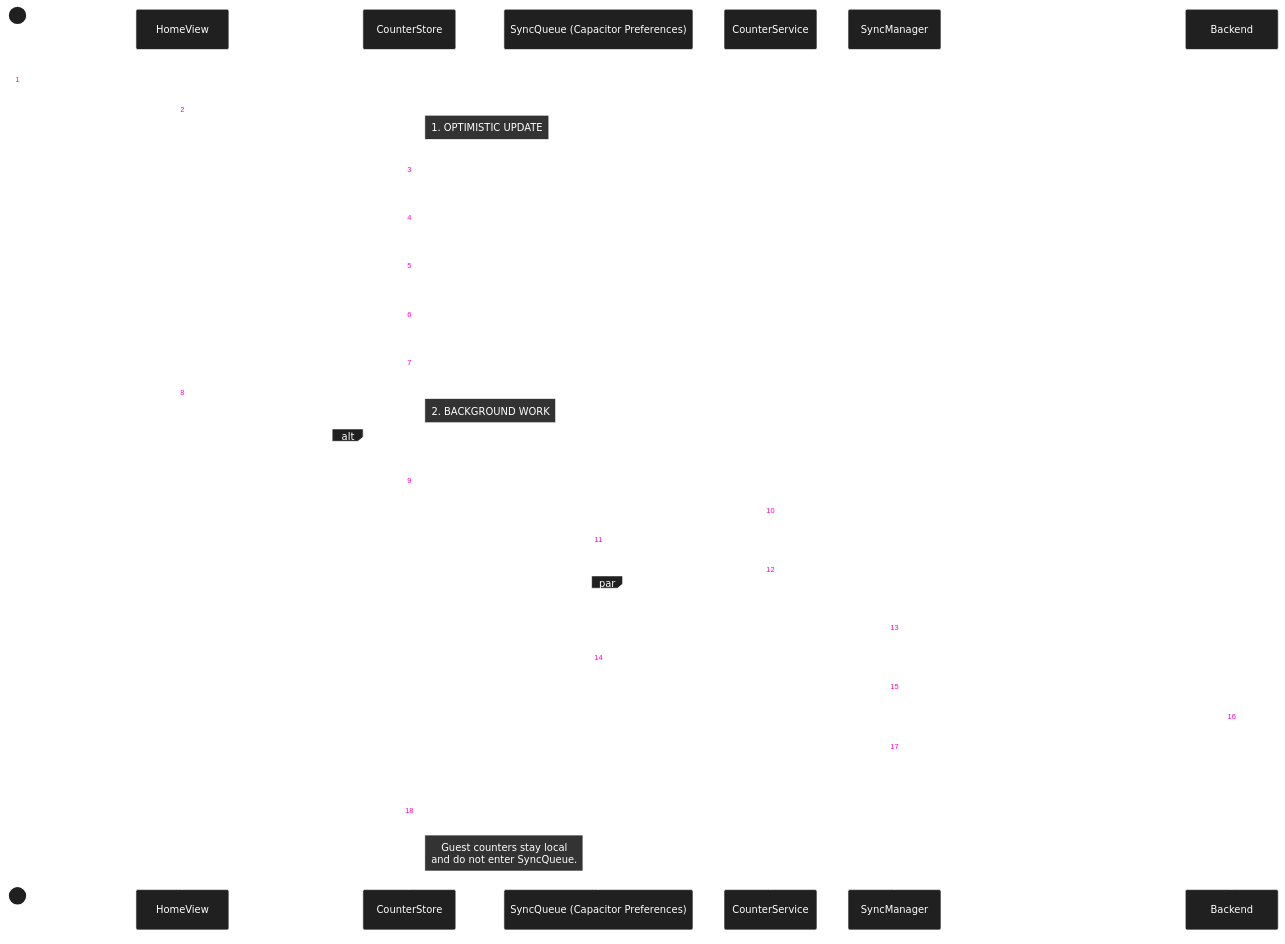
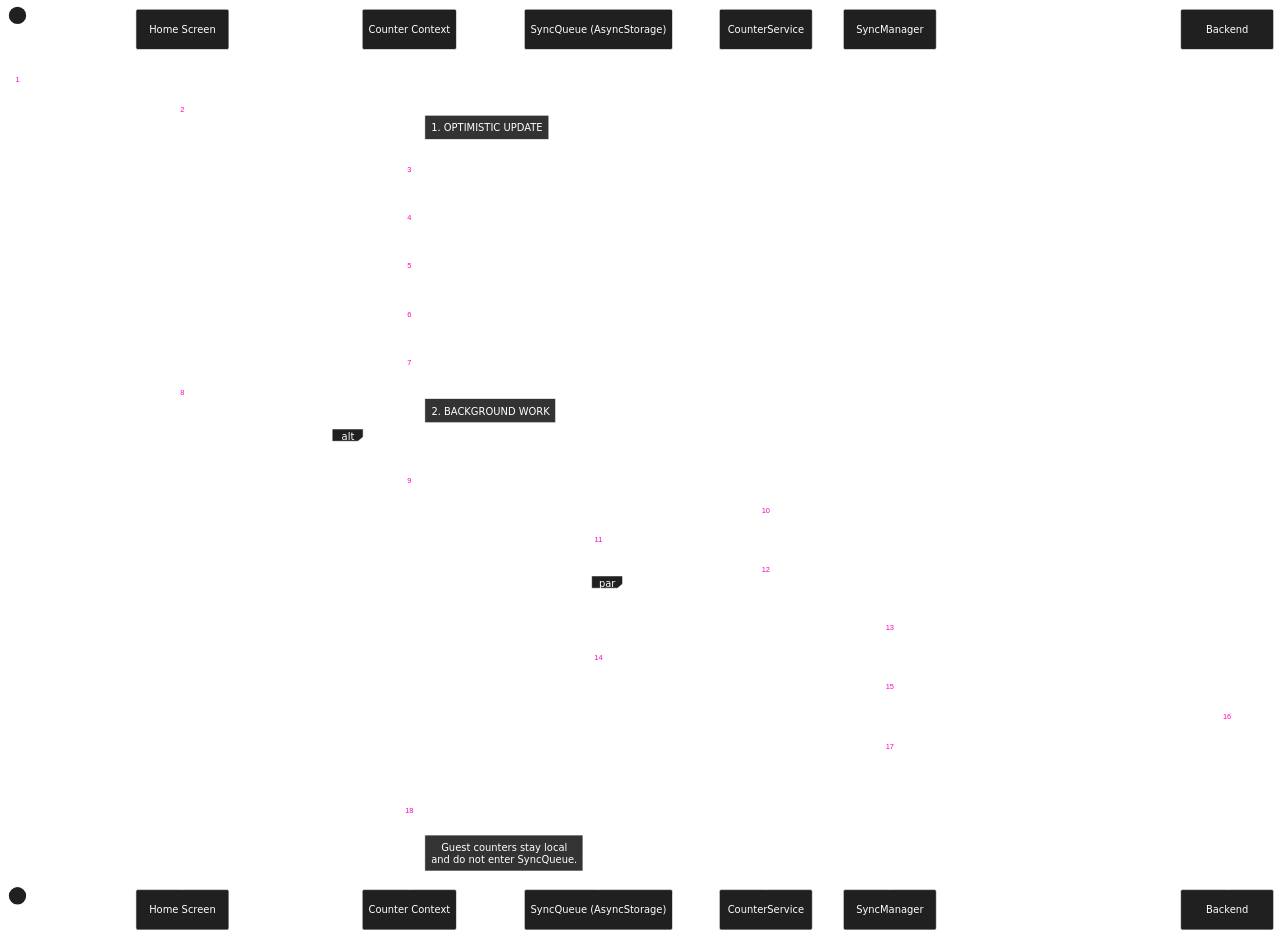
One commit to michaelgreenl/tally-tracker changed the diagram in docs/diagrams/sequence/counter/optimistic-offline-creation.md. Above: the diagram before and after it, drawn with Mermaid. The commit also changed 213 other files, not shown here.

````diff
--- a/docs/diagrams/sequence/counter/optimistic-offline-creation.md
+++ b/docs/diagrams/sequence/counter/optimistic-offline-creation.md
@@ -3,60 +3,60 @@
 ```mermaid
 %%{
   init: {
     'theme': 'base',
     'themeVariables': {
       'primaryColor': '#202020',
       'primaryTextColor': '#fff',
       'primaryBorderColor': '#ffffff',
       'lineColor': '#00ff41',
       'secondaryColor': '#006100',
       'tertiaryColor': '#fff',
       'noteBkgColor': '#333',
       'noteTextColor': '#fff',
       'noteBorderColor': '#fff'
     }
   }
 }%%
 
 sequenceDiagram
     autonumber
     actor User
-    participant View as HomeView
-    participant Store as CounterStore
-    participant Queue as SyncQueue (Capacitor Preferences)
+    participant View as Home Screen
+    participant Store as Counter Context
+    participant Queue as SyncQueue (AsyncStorage)
     participant Svc as CounterService
     participant Manager as SyncManager
     participant API as Backend
 
     User->>View: Click "Create Counter"
     View->>Store: createCounter("My Title", "SHARED")
 
     Note right of Store: 1. OPTIMISTIC UPDATE
     Store->>Store: Generate UUID (crypto.randomUUID)
     Store->>Store: Generate InviteCode (Local)
     Store->>Store: Push to local array
     Store->>Store: saveState() (Persist to Disk)
 
     Store-->>View: Return Success (Instant)
     View-->>User: Show new counter in list
 
     Note right of Store: 2. BACKGROUND WORK
 
     alt Authenticated user (!isGuest)
         Store->>Svc: Service.create(counter)
         Svc->>Queue: Add "CREATE" Command
         Queue-->>Svc: Command Queued
         Svc->>Manager: processQueue()
 
         par Background Sync
             Manager->>Queue: getQueue()
             Queue-->>Manager: Pending Commands
             Manager->>API: POST /counters (Payload + InviteCode + Idempotency Key)
             API-->>Manager: 201 Created or replayed response
             Manager->>Queue: removeCommand(Command)
         end
     else Guest user
         Store-->>Store: Skip CounterService.create()
         Note right of Store: Guest counters stay local<br/>and do not enter SyncQueue.
     end
 ```
````
